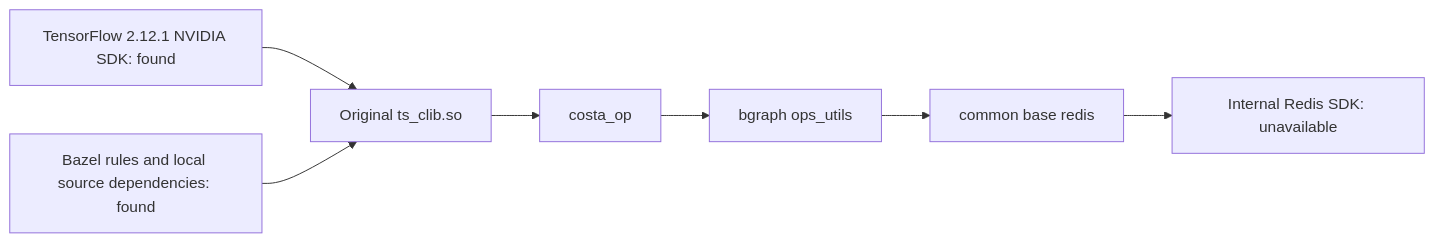
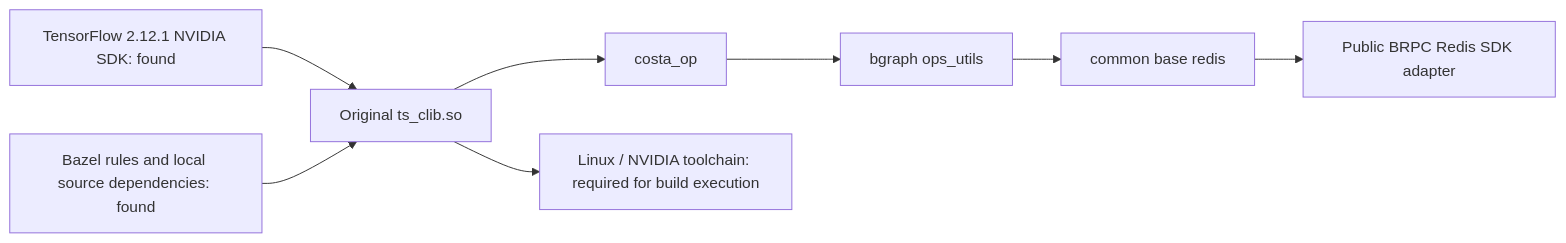
One commit to Zhang-Xin-Duke/distributed-recommendation-model-training-system changed the diagram in docs/ORIGINAL_NATIVE_BUILD.md. Above: the diagram before and after it, drawn with Mermaid. The commit also changed other lines of this file and 24 other files, not shown here.

Commit message:
Replace missing Redis SDK interfaces with a real BRPC Redis adapter

````diff
--- a/docs/ORIGINAL_NATIVE_BUILD.md
+++ b/docs/ORIGINAL_NATIVE_BUILD.md
@@ -8,9 +8,10 @@
 ```mermaid
 flowchart LR
   E[Original ts_clib.so] --> C[costa_op]
   C --> B[bgraph ops_utils]
   B --> R[common base redis]
-  R --> S[Internal Redis SDK: unavailable]
+  R --> S[Public BRPC Redis SDK adapter]
+  E --> G[Linux / NVIDIA toolchain: required for build execution]
   T[TensorFlow 2.12.1 NVIDIA SDK: found] --> E
   W[Bazel rules and local source dependencies: found] --> E
 ```
````
